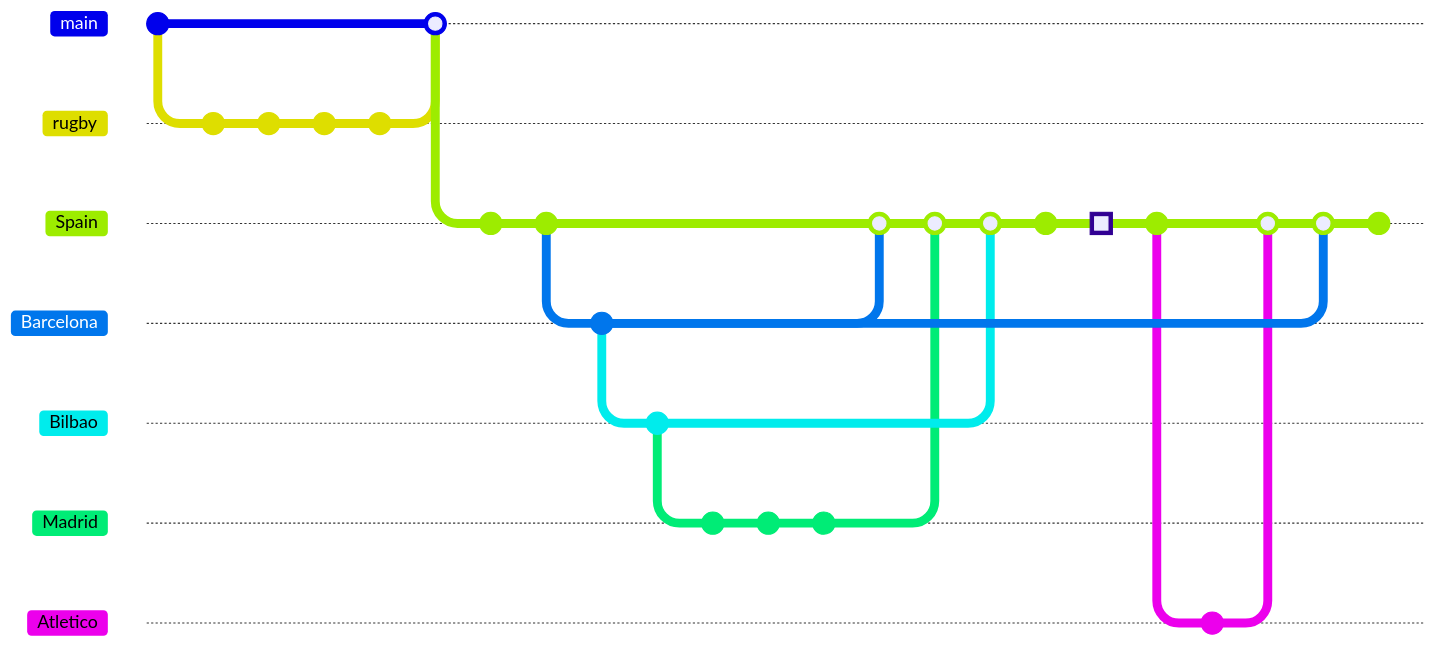
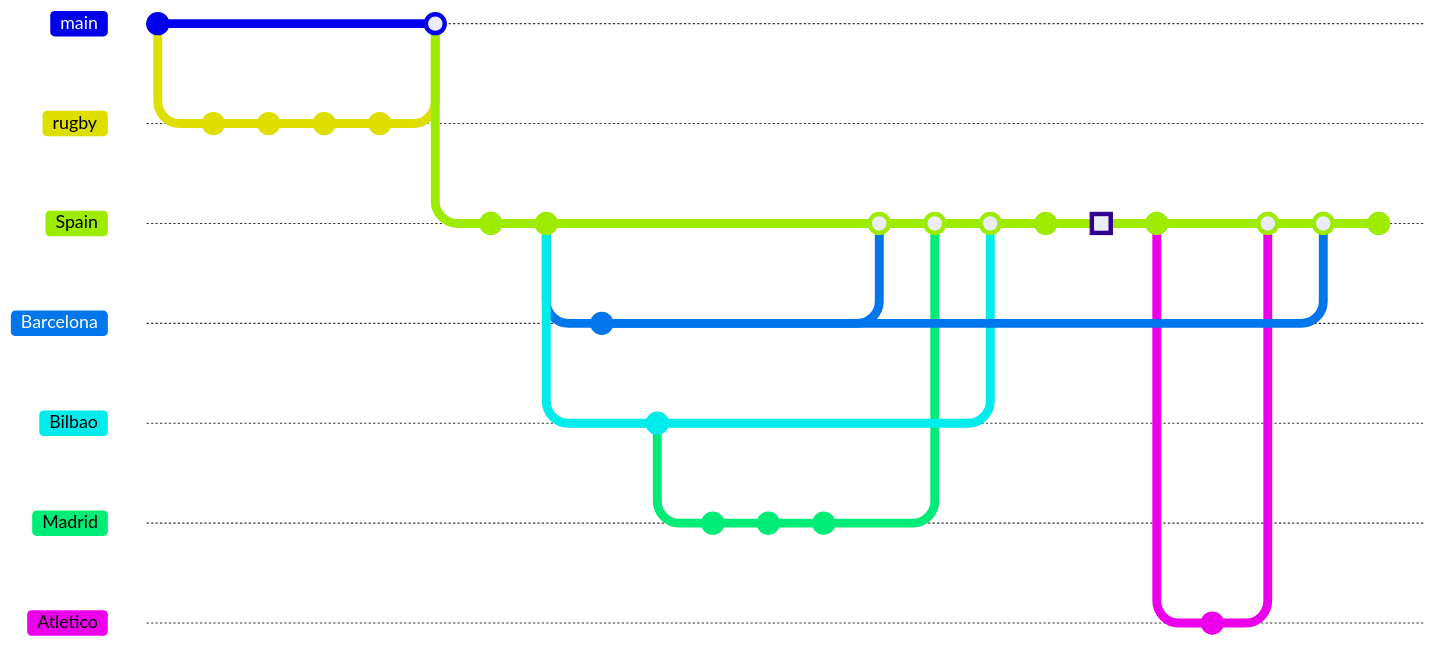
The first of 8 diagrams in README.md (sarnobat/mermaid), drawn with Mermaid before and after one commit. Commit ids are hidden.

````diff
--- a/README.md
+++ b/README.md
@@ -14,38 +14,41 @@
 ```mermaid
 gitGraph:
     commit id: "begin"
     branch rugby
     checkout rugby
     commit id: "1845 Rugby school football rules published"
     commit id: "1847 Eton school football rules published"
     commit id: "1863 October FA rules created"
     commit id: "1863 FA Founded in London"
     checkout main
     merge rugby
     branch Spain
     commit id: "1889 December 23 Recreativo Huelva founded"
     commit id: "1890 Sevilla founded"
     branch Barcelona
+    checkout Barcelona
     commit id: "1898 Barcelona founded"
+    checkout Spain
     branch Bilbao
+    checkout Bilbao
     commit id: "1898 July 18 Bilbao founded"
     branch Madrid
     commit "club 1 founded"
     commit "club 2 founded"
     commit "1902 merged clubs"
     checkout Bilbao
     checkout Spain
     merge Barcelona
     merge Madrid
     merge Bilbao
     commit id: "1902 Copa"
     commit id: "1903 Copa de la Coronacion" type: HIGHLIGHT
     commit id: "Attended by Bilbao students in Madrid"
     branch Atletico
     checkout Atletico
     commit id: "1908 Stripes vs Real"
     checkout Spain
     merge Atletico
     merge Barcelona
     commit id: "1921 Copa del Rey final"
 ```
````
